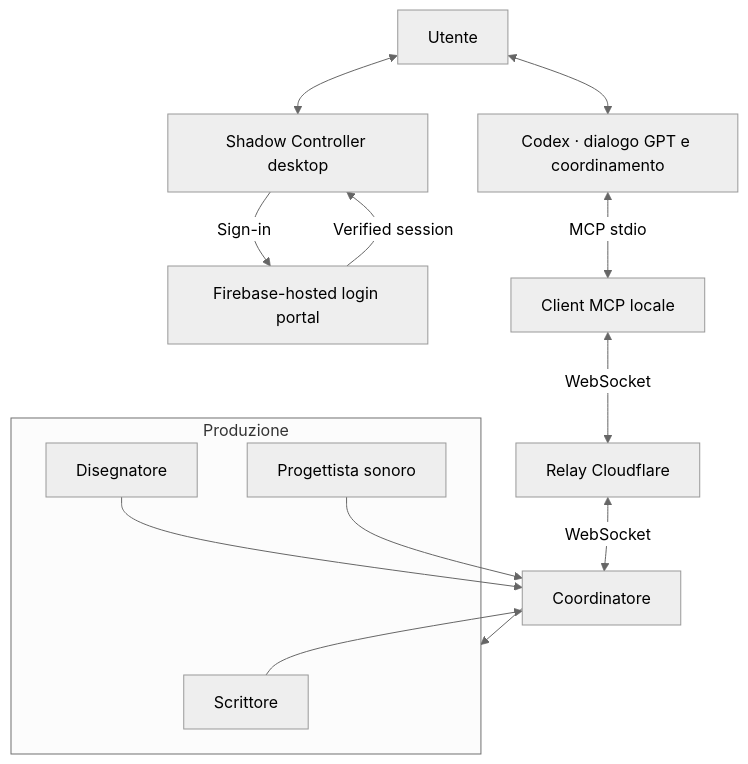
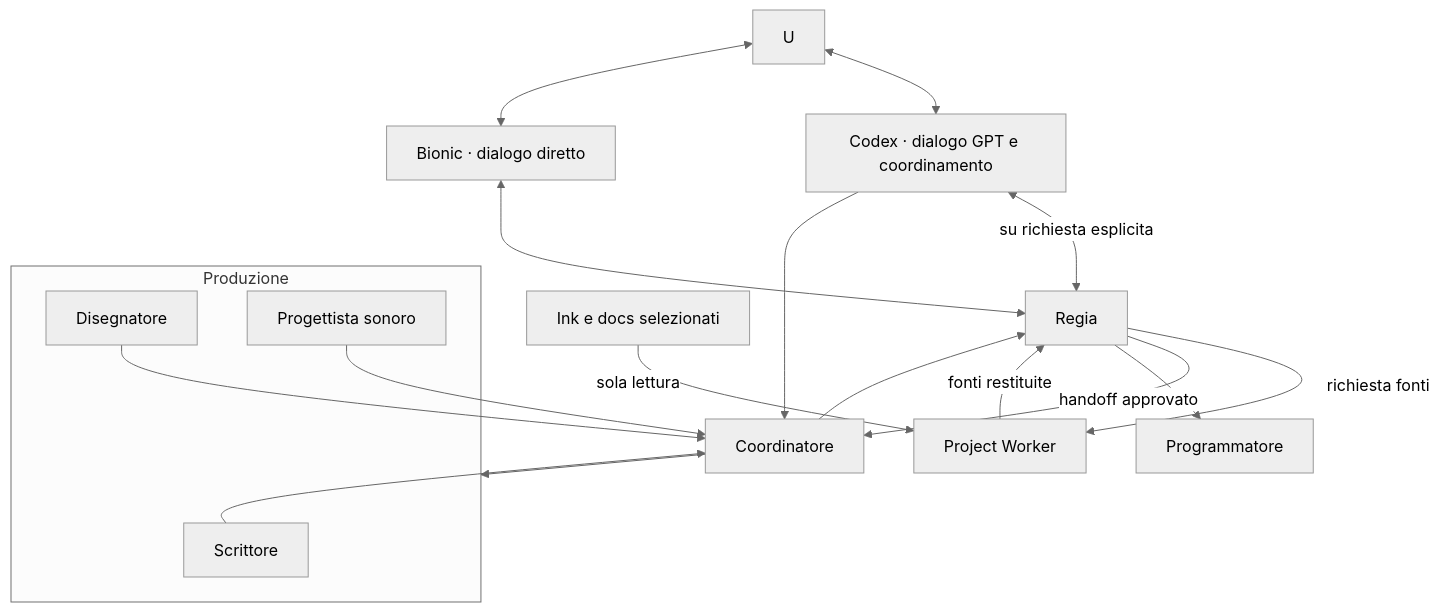
The first of 12 diagrams in README.md (DRincs-Productions/LM-Studio), drawn with Mermaid (neutral theme) before and after one commit. The commit also changed other lines of this file and 25 other files, not shown here.

````diff
--- a/README.md
+++ b/README.md
@@ -65,19 +15,23 @@
 ```mermaid
 flowchart TD
-    U[Utente] <--> X[Codex · dialogo GPT e coordinamento]
-    U <--> DESKTOP[Shadow Controller desktop]
-    DESKTOP -->|Sign-in| PORTAL[Firebase-hosted login portal]
-    PORTAL -->|Verified session| DESKTOP
-    X <-->|MCP stdio| CLIENT[Client MCP locale]
-    CLIENT <-->|WebSocket| CF[Relay Cloudflare]
-    CF <-->|WebSocket| C[Coordinatore]
+    U <--> X[Codex · dialogo GPT e coordinamento]
+    U <--> B[Bionic · dialogo diretto]
+    X <-->|su richiesta esplicita| R[Regia]
+    B <--> R
+    R -->|richiesta fonti| PW[Project Worker]
+    F[Ink e docs selezionati] -->|sola lettura| PW
+    PW -->|fonti restituite| R
+    X --> C[Coordinatore]
+    R -->|handoff approvato| C
     C --> PRODUZIONE
     subgraph PRODUZIONE[Produzione]
         W[Scrittore]
         D[Disegnatore]
         S[Progettista sonoro]
     end
     W --> C
     D --> C
     S --> C
+    C --> R
+    R --> P[Programmatore]
 ```
````
